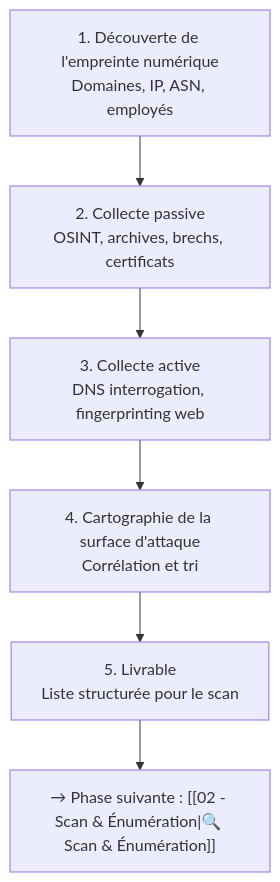
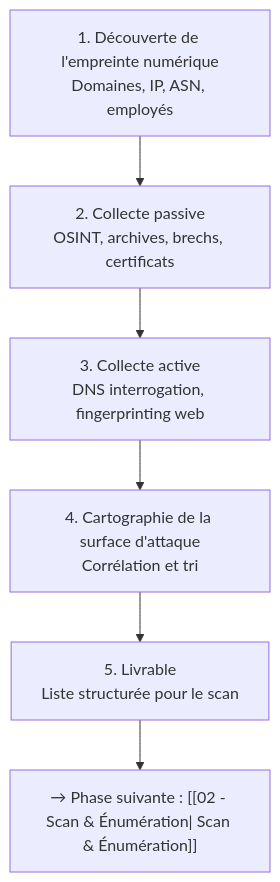
One commit to F0X-hack/foxhack.fr changed the second of 8 diagrams in public/offsidian/vault/Cybersécurité Offensive/01 - Reconnaissance.md. Above: the diagram before and after it, drawn with Mermaid. The commit also changed other lines of this file and 369 other files, not shown here.

````diff
--- a/public/offsidian/vault/Cybersécurité Offensive/01 - Reconnaissance.md
+++ b/public/offsidian/vault/Cybersécurité Offensive/01 - Reconnaissance.md
@@ -23,8 +23,8 @@
 ```mermaid
 flowchart TD
     A["1. Découverte de l'empreinte numérique<br>Domaines, IP, ASN, employés"] --> B["2. Collecte passive<br>OSINT, archives, brechs, certificats"]
     B --> C["3. Collecte active<br>DNS interrogation, fingerprinting web"]
     C --> D["4. Cartographie de la surface d'attaque<br>Corrélation et tri"]
     D --> E["5. Livrable<br>Liste structurée pour le scan"]
-    E --> F["→ Phase suivante : [[02 - Scan & Énumération|🔍 Scan & Énumération]]"]
+    E --> F["→ Phase suivante : [[02 - Scan & Énumération| Scan & Énumération]]"]
 ```
````
